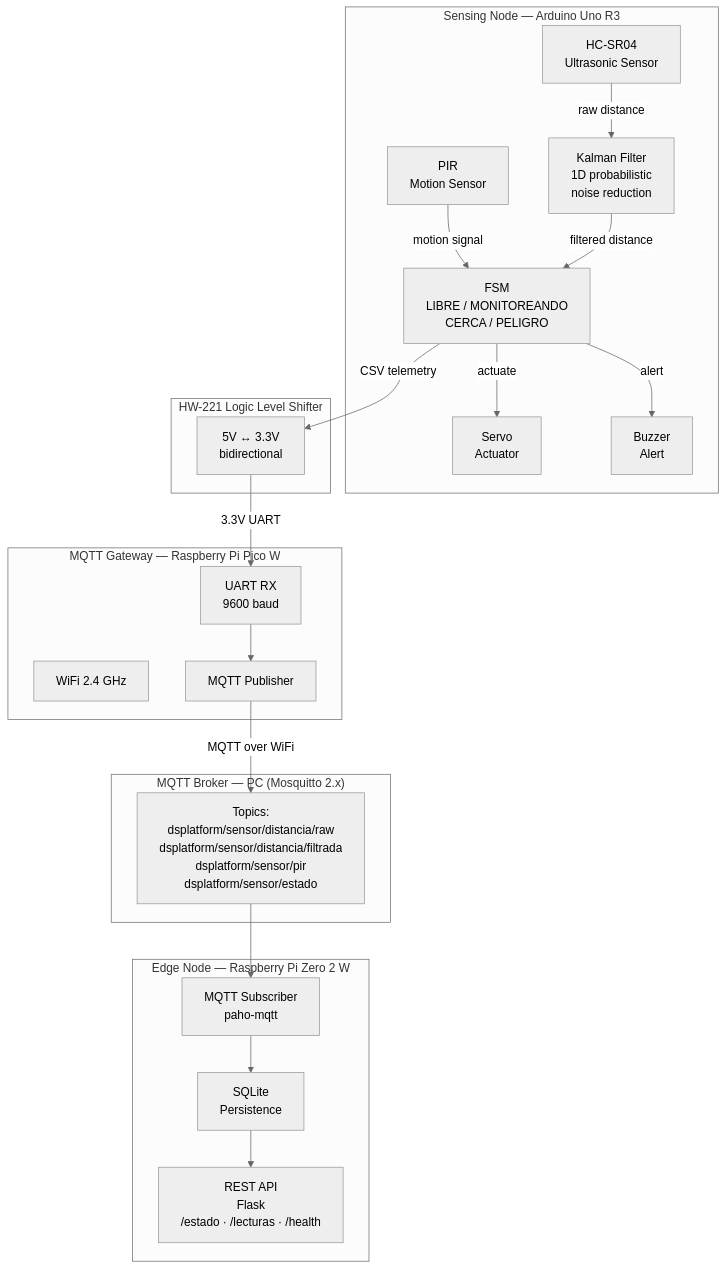
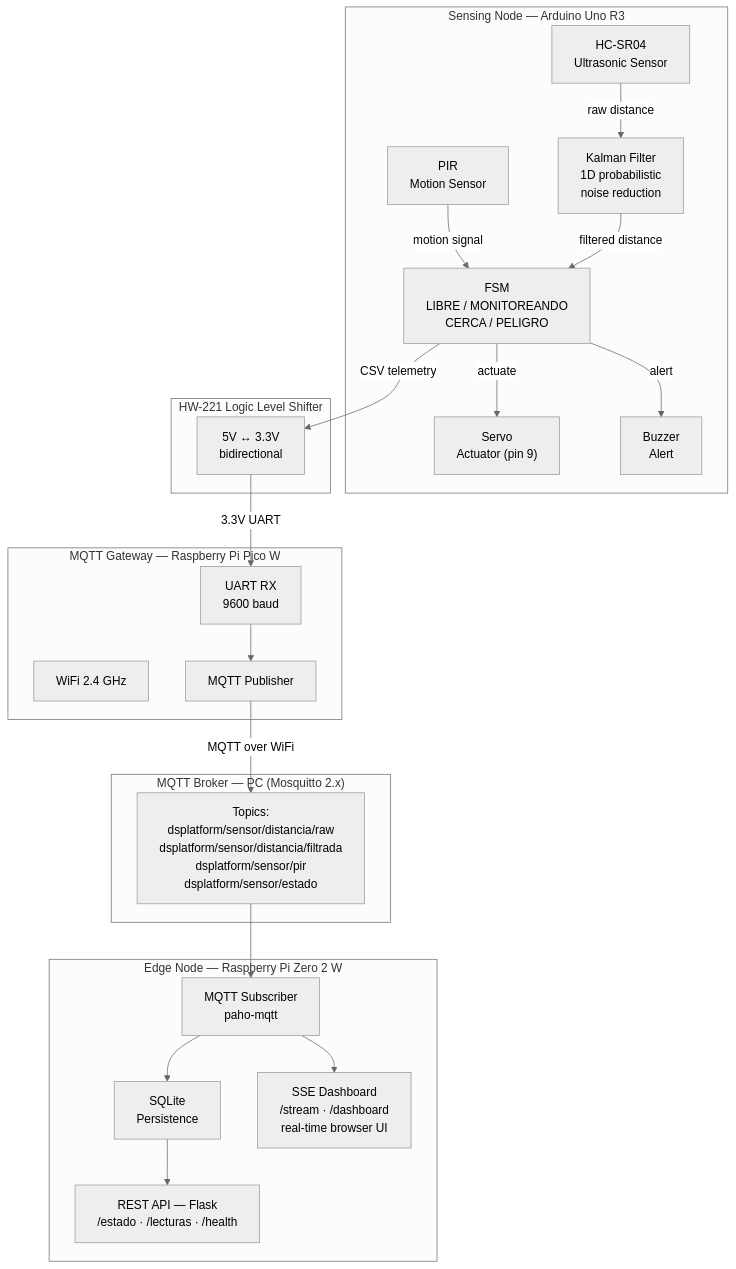
Before and after one commit to Jorge-de-la-Flor/distributed-sensing-platform: the diagram in docs/architecture.mermaid, drawn with Mermaid (neutral theme).

Commit message:
chore: update mermaid architecture

```diff
--- a/docs/architecture.mermaid
+++ b/docs/architecture.mermaid
@@ -1,42 +1,44 @@
 flowchart TD
     subgraph Sensing Node ["Sensing Node — Arduino Uno R3"]
         HC["HC-SR04\nUltrasonic Sensor"]
         PIR["PIR\nMotion Sensor"]
         KF["Kalman Filter\n1D probabilistic\nnoise reduction"]
         FSM["FSM\nLIBRE / MONITOREANDO\nCERCA / PELIGRO"]
-        SERVO["Servo\nActuator"]
+        SERVO["Servo\nActuator (pin 9)"]
         BUZZ["Buzzer\nAlert"]
     end
 
     subgraph Gateway ["MQTT Gateway — Raspberry Pi Pico W"]
         UART["UART RX\n9600 baud"]
         WIFI["WiFi 2.4 GHz"]
         PUB["MQTT Publisher"]
     end
 
     subgraph LVShifter ["HW-221 Logic Level Shifter"]
         LS["5V ↔ 3.3V\nbidirectional"]
     end
 
     subgraph Broker ["MQTT Broker — PC (Mosquitto 2.x)"]
         MQ["Topics:\ndsplatform/sensor/distancia/raw\ndsplatform/sensor/distancia/filtrada\ndsplatform/sensor/pir\ndsplatform/sensor/estado"]
     end
 
     subgraph EdgeNode ["Edge Node — Raspberry Pi Zero 2 W"]
         SUB["MQTT Subscriber\npaho-mqtt"]
         DB["SQLite\nPersistence"]
-        API["REST API\nFlask\n/estado · /lecturas · /health"]
+        API["REST API — Flask\n/estado · /lecturas · /health"]
+        SSE["SSE Dashboard\n/stream · /dashboard\nreal-time browser UI"]
     end
 
     HC -->|raw distance| KF
     PIR -->|motion signal| FSM
     KF -->|filtered distance| FSM
     FSM -->|actuate| SERVO
     FSM -->|alert| BUZZ
     FSM -->|CSV telemetry| LS
     LS -->|3.3V UART| UART
     UART --> PUB
     PUB -->|MQTT over WiFi| MQ
     MQ --> SUB
     SUB --> DB
     DB --> API
+    SUB --> SSE
```
